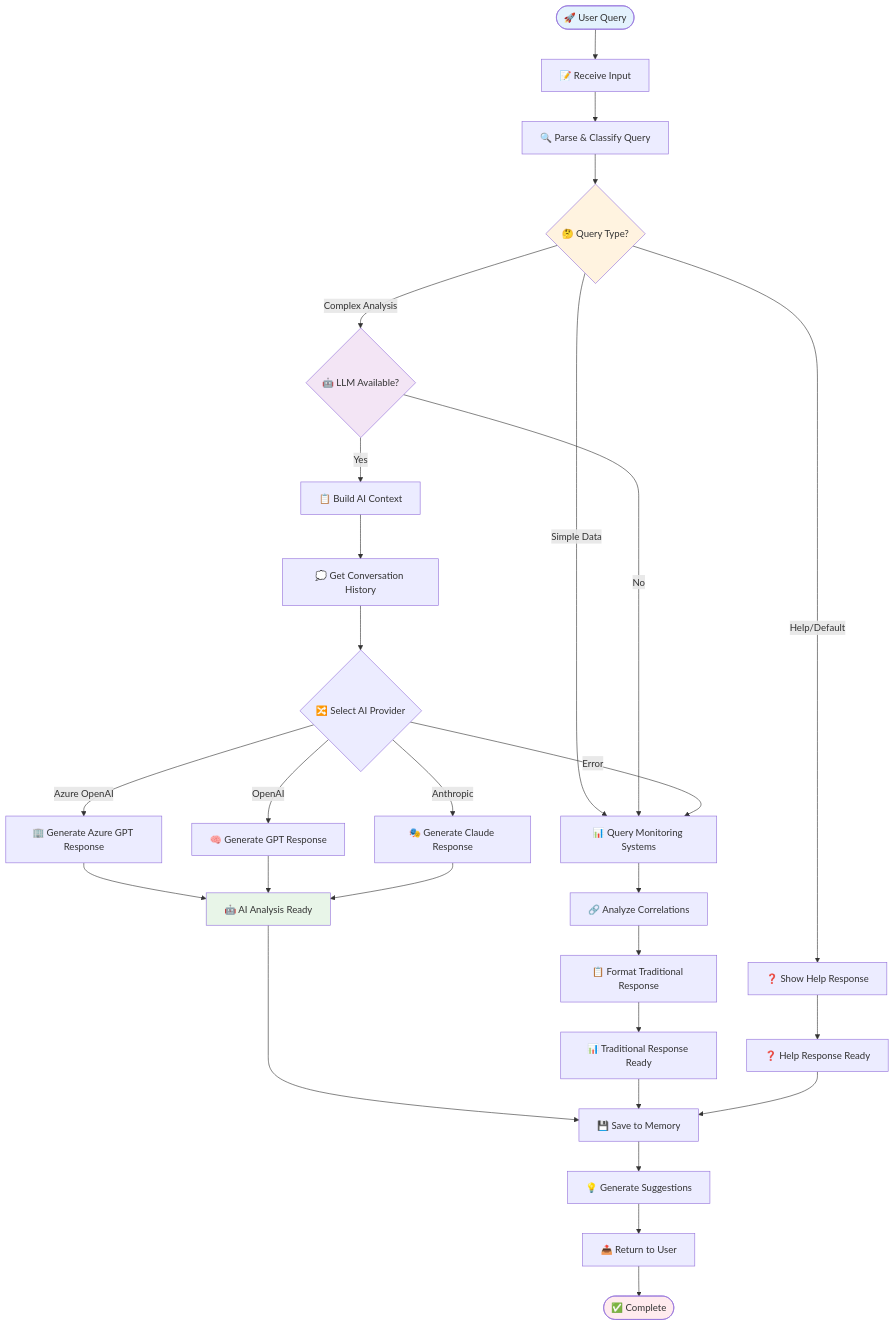
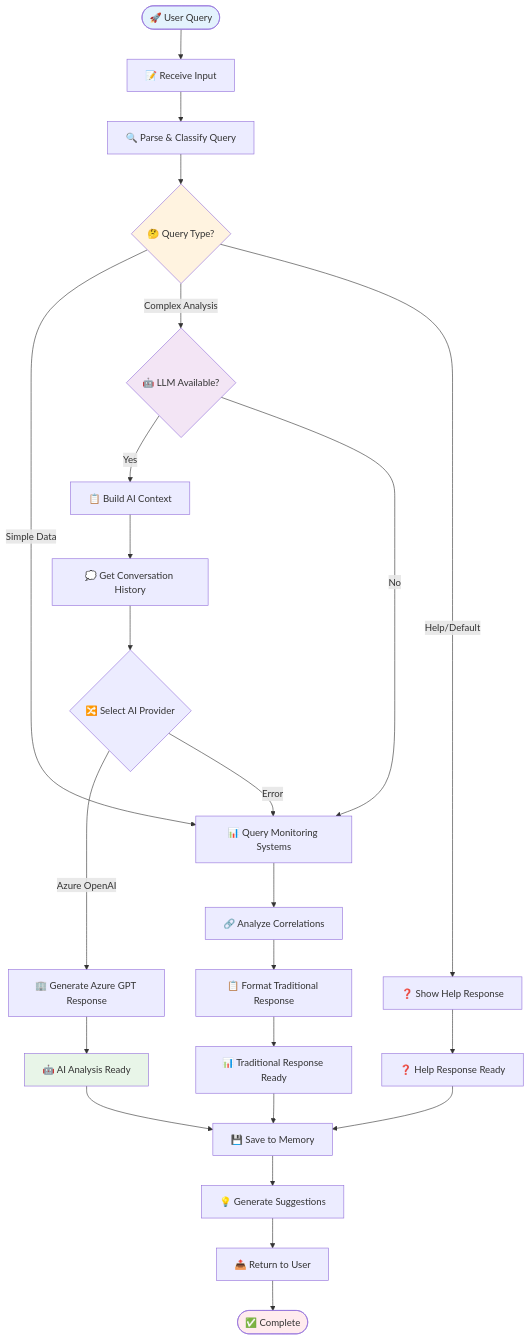
Before and after one commit to WatkinsGreen/chatter: the first of 6 diagrams in docs/system-flowchart.md, drawn with Mermaid. The commit also changed other lines of this file and 6 other files, not shown here.

````diff
--- a/docs/system-flowchart.md
+++ b/docs/system-flowchart.md
@@ -5,45 +5,41 @@
 ```mermaid
 flowchart TD
     Start([🚀 User Query]) --> Input[📝 Receive Input]
     Input --> Parse[🔍 Parse & Classify Query]
     
     Parse --> Decision{🤔 Query Type?}
     
     Decision -->|Simple Data| Monitor[📊 Query Monitoring Systems]
     Decision -->|Complex Analysis| LLM_Check{🤖 LLM Available?}
     Decision -->|Help/Default| Help[❓ Show Help Response]
     
     Monitor --> Correlate[🔗 Analyze Correlations]
     Correlate --> Format[📋 Format Traditional Response]
     
     LLM_Check -->|Yes| Context[📋 Build AI Context]
     LLM_Check -->|No| Monitor
     
     Context --> Memory[💭 Get Conversation History]
     Memory --> Provider{🔀 Select AI Provider}
     
     Provider -->|Azure OpenAI| AzureGPT[🏢 Generate Azure GPT Response]
-    Provider -->|OpenAI| GPT[🧠 Generate GPT Response]
-    Provider -->|Anthropic| Claude[🎭 Generate Claude Response]
     Provider -->|Error| Monitor
     
     AzureGPT --> AI_Response[🤖 AI Analysis Ready]
-    GPT --> AI_Response
-    Claude --> AI_Response
     Format --> Traditional_Response[📊 Traditional Response Ready]
     Help --> Help_Response[❓ Help Response Ready]
     
     AI_Response --> Save[💾 Save to Memory]
     Traditional_Response --> Save
     Help_Response --> Save
     
     Save --> Suggest[💡 Generate Suggestions]
     Suggest --> Return[📤 Return to User]
     Return --> End([✅ Complete])
     
     style Start fill:#e3f2fd
     style Decision fill:#fff3e0
     style LLM_Check fill:#f3e5f5
     style AI_Response fill:#e8f5e8
     style End fill:#ffebee
 ```
````
